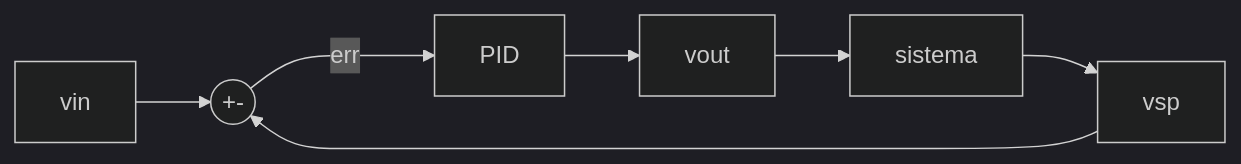
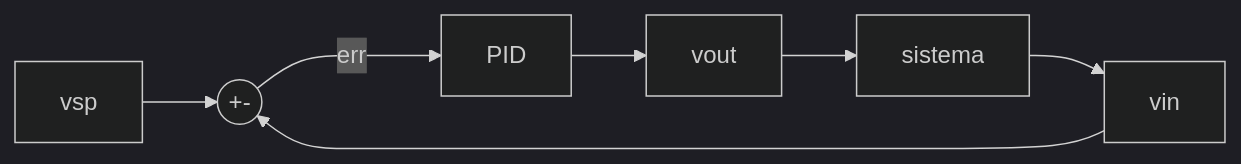
One commit to joaopaulo-cerquinhocajueiro/expGui changed the first of 2 diagrams in README.md. Above: the diagram before and after it, drawn with Mermaid (dark theme). The commit also changed 2 other files, not shown here.

Commit message:
Colocado o código do brushless dentro de experimenter.ino, definido por um define

````diff
--- a/README.md
+++ b/README.md
@@ -52,5 +52,5 @@
 ```mermaid
 flowchart LR
-	vin --> sum((+-)) --erro--> PID --> vout --> s[sistema]
-	s --> vsp --> sum
+	vsp & vin --> sum((+-)) --erro--> PID --> vout --> s[sistema]
+	s --> vin
 ```
````
